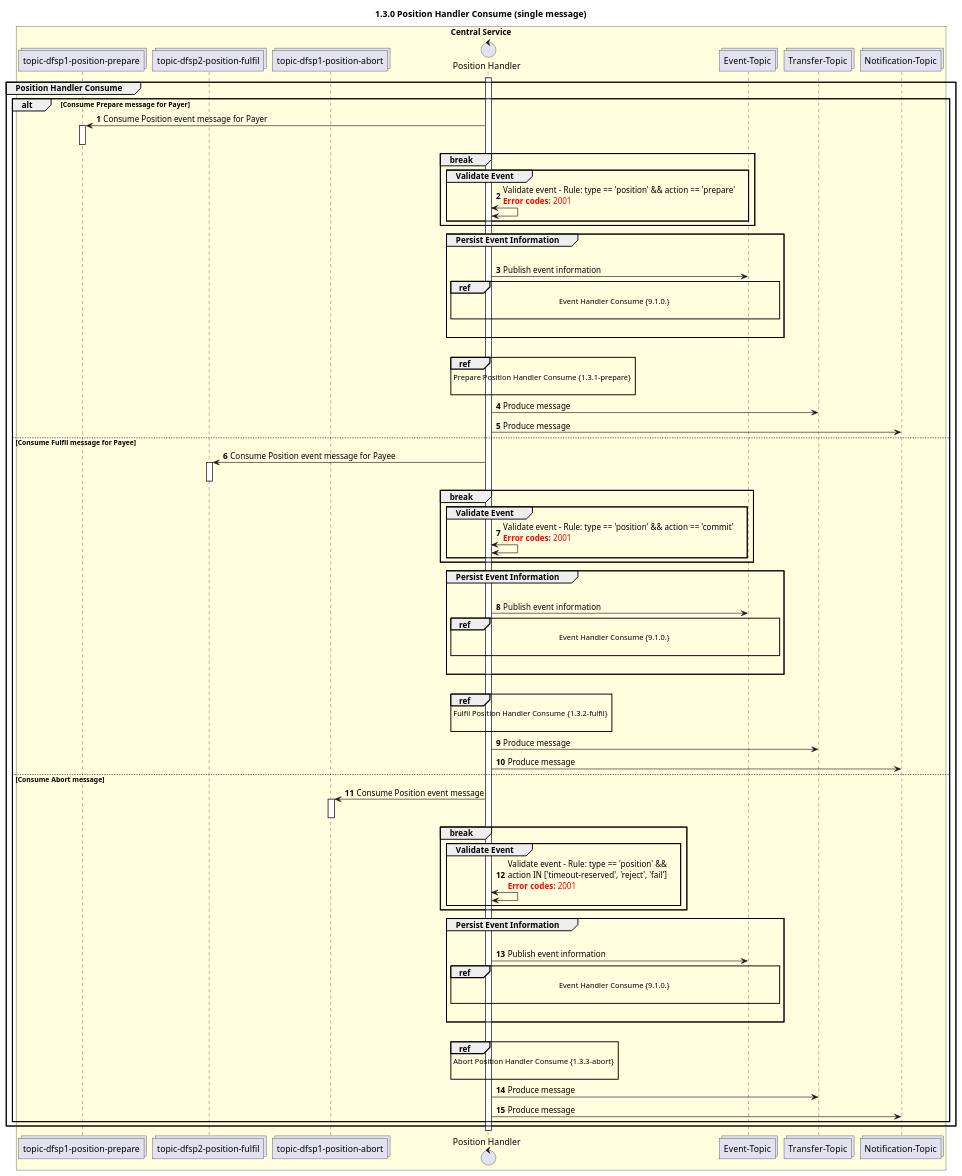
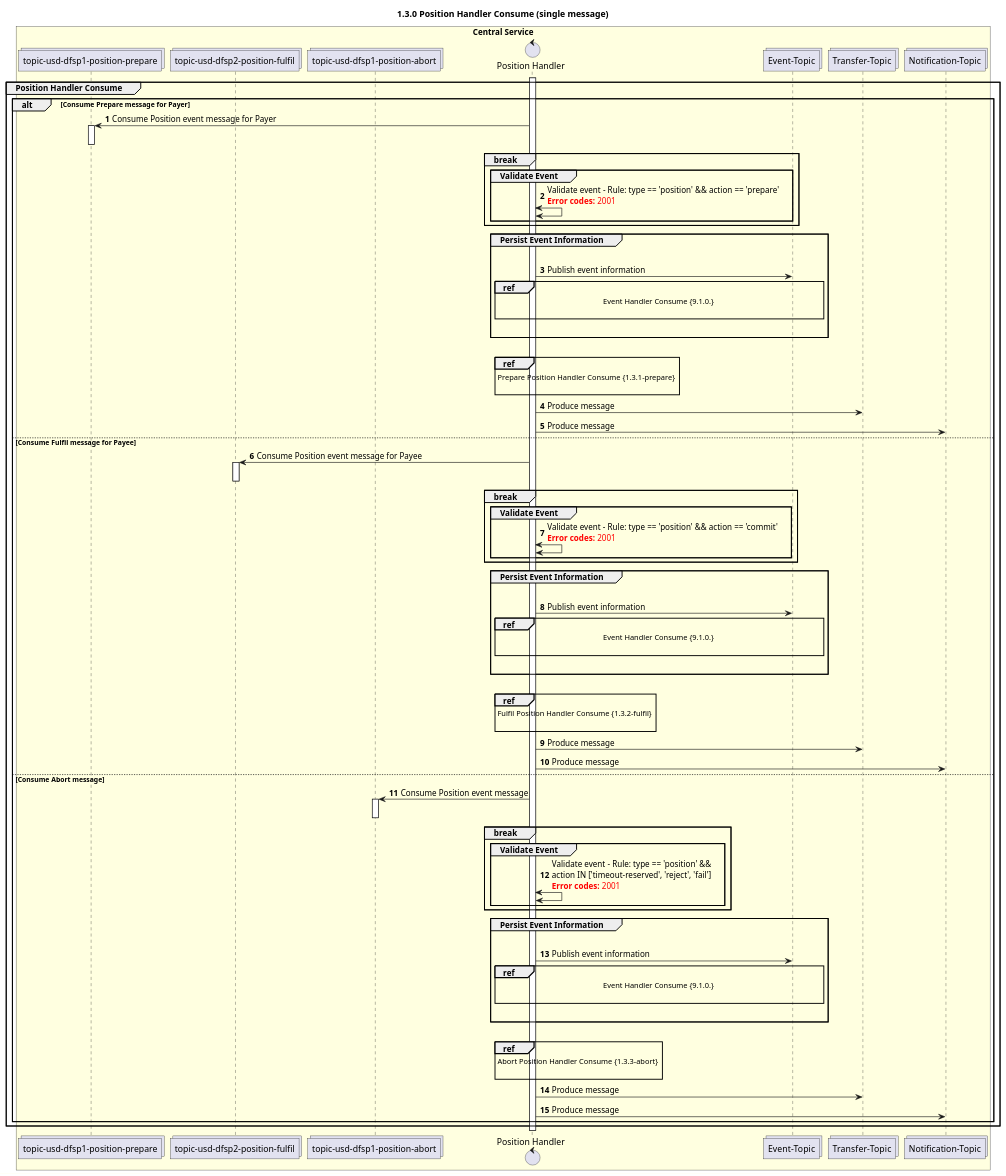
Before and after one commit to NicoDuvenage/docs-1: the diagram in CentralServices/seq_diagrams/seq-position-1.3.0.plantuml, drawn with PlantUML. The commit also changed 2 other files, not shown here.

```diff
--- a/CentralServices/seq_diagrams/seq-position-1.3.0.plantuml
+++ b/CentralServices/seq_diagrams/seq-position-1.3.0.plantuml
@@ -1,105 +1,105 @@
 @startuml
 ' declate title
 title 1.3.0 Position Handler Consume (single message)
 
 autonumber
 
 ' Actor Keys:
 '   boundary - APIs/Interfaces, etc
 '   collections - Kafka Topics
 '   control - Kafka Consumers
 '   entity - Database Access Objects
 '   database - Database Persistance Store
 
 ' declare actors
-collections "topic-dfsp1-position-prepare" as TOPIC_POSITION_PREPARE_DFSP1
-collections "topic-dfsp2-position-fulfil" as TOPIC_POSITION_FULFIL_DFSP2
-collections "topic-dfsp1-position-abort" as TOPIC_POSITION_ABORT_DFSP1
+collections "topic-usd-dfsp1-position-prepare" as TOPIC_POSITION_PREPARE_DFSP1
+collections "topic-usd-dfsp2-position-fulfil" as TOPIC_POSITION_FULFIL_DFSP2
+collections "topic-usd-dfsp1-position-abort" as TOPIC_POSITION_ABORT_DFSP1
 control "Position Handler" as POS_HANDLER
 collections "Transfer-Topic" as TOPIC_TRANSFERS
 ' entity "Position DAO" as POS_DAO
 collections "Event-Topic" as TOPIC_EVENTS
 collections "Notification-Topic" as TOPIC_NOTIFICATIONS
 ' entity "Participant DAO" as PARTICIPANT_DAO
 ' entity "Transfer DAO" as TRANS_DAO
 ' database "Central Store" as DB
 
 box "Central Service" #LightYellow
     participant TOPIC_POSITION_PREPARE_DFSP1
     participant TOPIC_POSITION_FULFIL_DFSP2
     participant TOPIC_POSITION_ABORT_DFSP1
     participant POS_HANDLER
     participant TOPIC_EVENTS
     participant TOPIC_TRANSFERS
     participant TOPIC_NOTIFICATIONS
     ' participant POS_DAO
     ' participant PARTICIPANT_DAO
     ' participant TRANS_DAO
     ' participant DB
 end box
 
 ' start flow
 activate POS_HANDLER
 group Position Handler Consume
     alt Consume Prepare message for Payer
         TOPIC_POSITION_PREPARE_DFSP1 <- POS_HANDLER: Consume Position event message for Payer
         activate TOPIC_POSITION_PREPARE_DFSP1
         deactivate TOPIC_POSITION_PREPARE_DFSP1
         break
             group Validate Event
                 POS_HANDLER <-> POS_HANDLER: Validate event - Rule: type == 'position' && action == 'prepare'\n<color #FF0000><b>Error codes:</b> 2001</color>
             end
         end
         group Persist Event Information
             |||
             POS_HANDLER -> TOPIC_EVENTS: Publish event information
             ref over POS_HANDLER, TOPIC_EVENTS :  Event Handler Consume {9.1.0.} \n
             |||
         end
         |||
         ref over POS_HANDLER: Prepare Position Handler Consume {1.3.1-prepare} \n
         POS_HANDLER -> TOPIC_TRANSFERS: Produce message
         POS_HANDLER -> TOPIC_NOTIFICATIONS: Produce message
     else Consume Fulfil message for Payee
         TOPIC_POSITION_FULFIL_DFSP2 <- POS_HANDLER: Consume Position event message for Payee
         activate TOPIC_POSITION_FULFIL_DFSP2
         deactivate TOPIC_POSITION_FULFIL_DFSP2
         break
             group Validate Event
                 POS_HANDLER <-> POS_HANDLER: Validate event - Rule: type == 'position' && action == 'commit'\n<color #FF0000><b>Error codes:</b> 2001</color>
             end
         end
         group Persist Event Information
             |||
             POS_HANDLER -> TOPIC_EVENTS: Publish event information
             ref over POS_HANDLER, TOPIC_EVENTS :  Event Handler Consume {9.1.0.} \n
             |||
         end
         |||
         ref over POS_HANDLER: Fulfil Position Handler Consume {1.3.2-fulfil} \n
         POS_HANDLER -> TOPIC_TRANSFERS: Produce message
         POS_HANDLER -> TOPIC_NOTIFICATIONS: Produce message
     else Consume Abort message
         TOPIC_POSITION_ABORT_DFSP1 <- POS_HANDLER: Consume Position event message
         activate TOPIC_POSITION_ABORT_DFSP1
         deactivate TOPIC_POSITION_ABORT_DFSP1
         break
             group Validate Event
                 POS_HANDLER <-> POS_HANDLER: Validate event - Rule: type == 'position' &&\naction IN ['timeout-reserved', 'reject', 'fail']\n<color #FF0000><b>Error codes:</b> 2001</color>
             end
         end
         group Persist Event Information
             |||
             POS_HANDLER -> TOPIC_EVENTS: Publish event information
             ref over POS_HANDLER, TOPIC_EVENTS :  Event Handler Consume {9.1.0.} \n
             |||
         end
         |||
         ref over POS_HANDLER: Abort Position Handler Consume {1.3.3-abort} \n
         POS_HANDLER -> TOPIC_TRANSFERS: Produce message
         POS_HANDLER -> TOPIC_NOTIFICATIONS: Produce message
     end
 
 end
 deactivate POS_HANDLER
 @enduml
```
